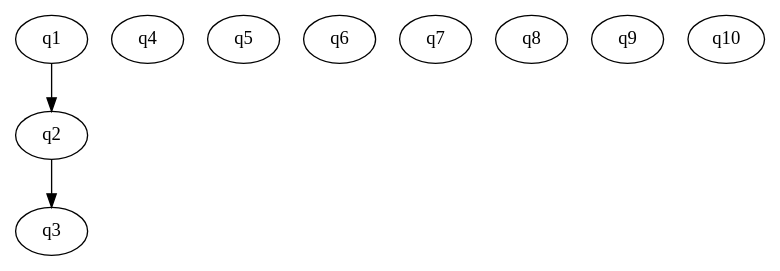
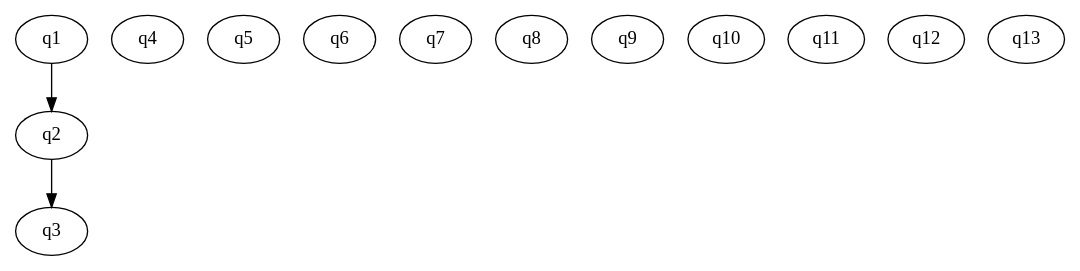
One commit to cdurden/algebra742 changed the diagram in algebra742live/content/question_digraphs/ch5.dot. Above: the diagram before and after it, drawn with Graphviz. The commit also changed 4 other files, not shown here.

```diff
--- a/algebra742live/content/question_digraphs/ch5.dot
+++ b/algebra742live/content/question_digraphs/ch5.dot
@@ -1,14 +1,17 @@
 digraph ch5 {
   start=q1;
-  q1 [class="Question.AsyGraphicsDrawingQuestion",params="{'template': 'NumberLine.asy', 'min':'-8', 'max':'8', 'Question': 'Where are $-5$ and $2$ relative to each other?'}"];
-  q2 [class="Question.QuestionOnePlusOne",params="{'Question': 'What is $1+1?'}"];
-  q3 [class="Question.DrawingQuestion",params="{'Question': 'What is one plus one?'}"];
-  q4 [class="Question.DotGraphicsQuestion",params="{'template': 'ch5.dot'}"];
-  q5 [class="Question.SolutionQuestion",params="{'statement': 'x+3>70'}"];
-  q6 [class="Question.MultiPartQuestion",params="{'parts': [{'class':'Question.SolutionQuestion', 'params': {'statement': 'x+3>70'}}, {'class':'Question.SolutionQuestion', 'params': {'statement': 'x+3<70'}}, {'class':'Question.SolutionQuestion', 'params': {'statement': '5x<2'}}, {'class':'Question.SolutionQuestion', 'params': {'statement': '-5x<2'}}]}"];
-  q7 [class="Question.MultiPartQuestion",params="{'parts': [{'class':'Question.SolutionQuestion', 'params': {'statement': 'x+3>70'}}]}"];
-  q8 [class="Question.SolutionQuestion",params="{'statement': 'x+3<70'}"];
-  q9 [class="Question.SolutionQuestion",params="{'statement': '5x<2'}"];
-  q10 [class="Question.SolutionQuestion",params="{'statement': '-5x<2'}"];
+  q1 [class="Question.SolutionQuestion",params="{'statement': 'x+3>70'}"];
+  q2 [class="Question.SolutionQuestion",params="{'statement': 'x+3<70'}"];
+  q3 [class="Question.SolutionQuestion",params="{'statement': '5x<2'}"];
+  q4 [class="Question.SolutionQuestion",params="{'statement': '-5x<2'}"];
+  q5 [class="Question.NonSolutionQuestion",params="{'statement': 'x+3>70'}"];
+  q6 [class="Question.NonSolutionQuestion",params="{'statement': 'x+3<70'}"];
+  q7 [class="Question.NonSolutionQuestion",params="{'statement': '5x<2'}"];
+  q8 [class="Question.NonSolutionQuestion",params="{'statement': '-5x<2'}"];
+  q9 [class="Question.SolutionQuestion",params="{'statement': '-3x>18'}"];
+  q10 [class="Question.OpenEndedQuestion",params="{'Question': 'How are the solutions to the inequality $-3x \ge 18$ different from the solutions to $-3x>18$? Explain your reasoning.'}"];
+  q11 [class="Question.AsyGraphicsDrawingQuestion",params="{'template': 'NumberLine.asy', 'min':'-8', 'max':'8', 'Question': 'Where are $-5$ and $2$ relative to each other?'}"];
+  q12 [class="Question.DotGraphicsQuestion",params="{'template': 'ch5.dot'}"];
+  q13 [class="Question.MultiPartQuestion",params="{'parts': [{'class':'Question.SolutionQuestion', 'params': {'statement': 'x+3>70'}}, {'class':'Question.SolutionQuestion', 'params': {'statement': 'x+3<70'}}, {'class':'Question.SolutionQuestion', 'params': {'statement': '5x<2'}}, {'class':'Question.SolutionQuestion', 'params': {'statement': '-5x<2'}}]}"];
   q1 -> q2 -> q3;
 }
```
